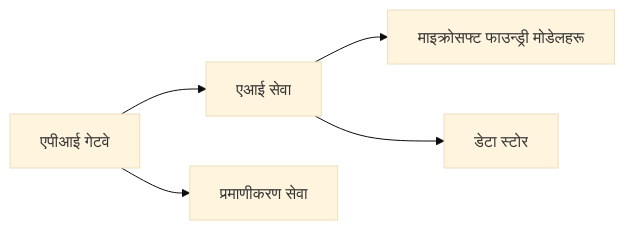
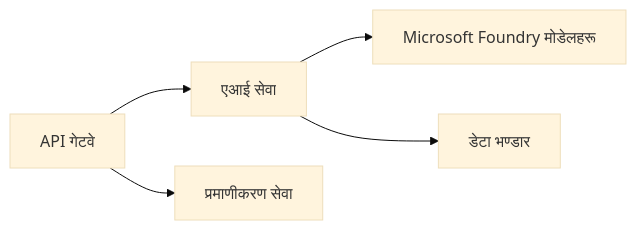
One commit to microsoft/AZD-for-beginners changed the first of 2 diagrams in translations/ne/docs/chapter-08-production/README.md. Above: the diagram before and after it, drawn with Mermaid (base theme). The commit also changed other lines of this file and 104 other files, not shown here.

````diff
--- a/translations/ne/docs/chapter-08-production/README.md
+++ b/translations/ne/docs/chapter-08-production/README.md
@@ -48,6 +48,6 @@
 ```mermaid
 graph LR
-    Gateway[एपीआई गेटवे] --> AI[एआई सेवा] --> Models[माइक्रोसफ्ट फाउन्ड्री मोडेलहरू]
+    Gateway[API गेटवे] --> AI[एआई सेवा] --> Models[Microsoft Foundry मोडेलहरू]
     Gateway --> Auth[प्रमाणीकरण सेवा]
-    AI --> Data[डेटा स्टोर]
+    AI --> Data[डेटा भण्डार]
 ```
````
